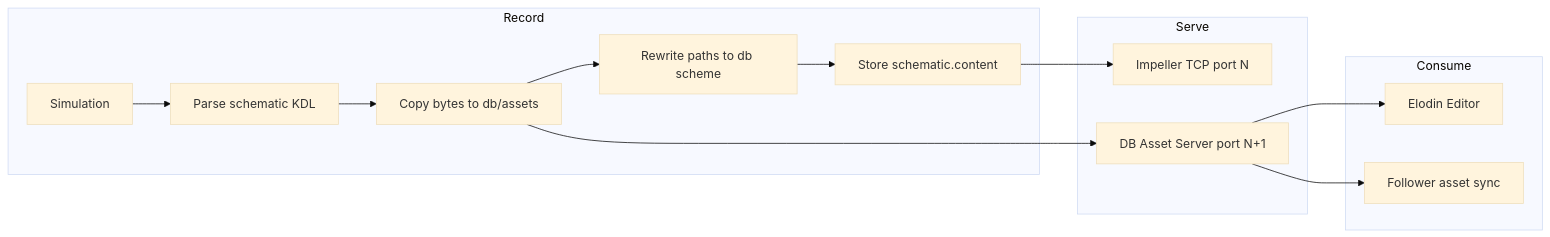
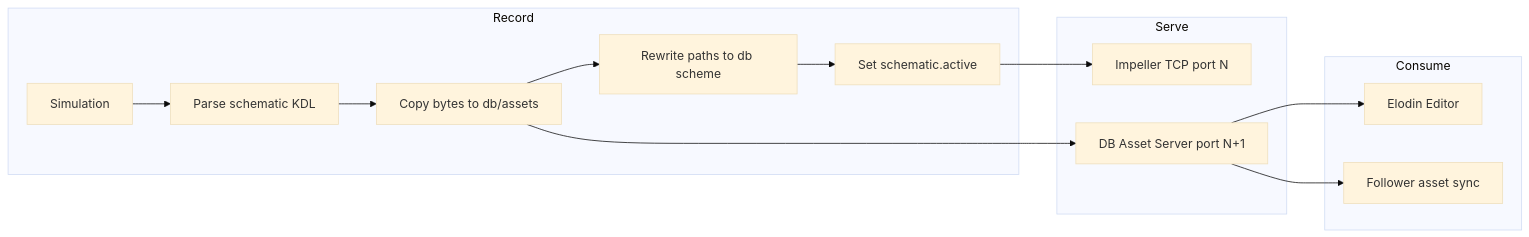
The diagram in docs/public/content/reference/db-asset-server.md (elodin-sys/elodin), drawn with Mermaid (base theme) before and after one commit. The commit also changed other lines of this file and 53 other files, not shown here.

````diff
--- a/docs/public/content/reference/db-asset-server.md
+++ b/docs/public/content/reference/db-asset-server.md
@@ -22,23 +22,23 @@
 ```mermaid
 flowchart LR
   subgraph record_phase ["Record"]
     Sim["Simulation"]
     Parse["Parse schematic KDL"]
     Copy["Copy bytes to db/assets"]
     Rewrite["Rewrite paths to db scheme"]
-    Meta["Store schematic.content"]
+    Meta["Set schematic.active"]
   end
   subgraph serve_phase ["Serve"]
     TCP["Impeller TCP port N"]
     HTTP["DB Asset Server port N+1"]
   end
   subgraph consume_phase ["Consume"]
     Editor["Elodin Editor"]
     Follow["Follower asset sync"]
   end
   Sim --> Parse --> Copy --> Rewrite --> Meta
   Meta --> TCP
   Copy --> HTTP
   HTTP --> Editor
   HTTP --> Follow
 ```
````
